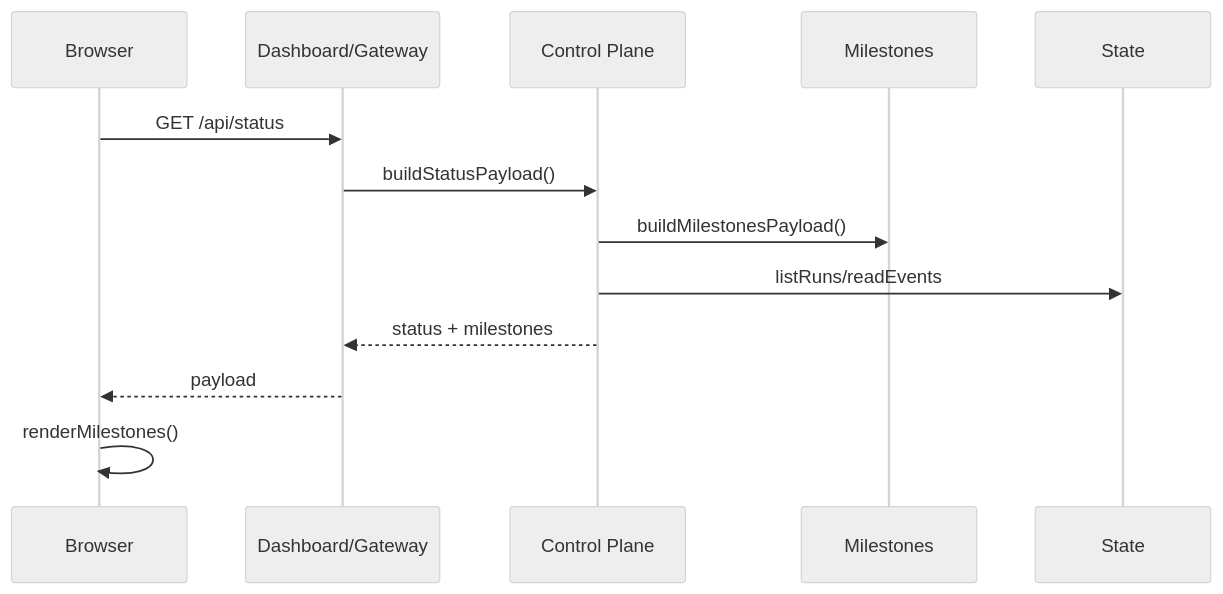
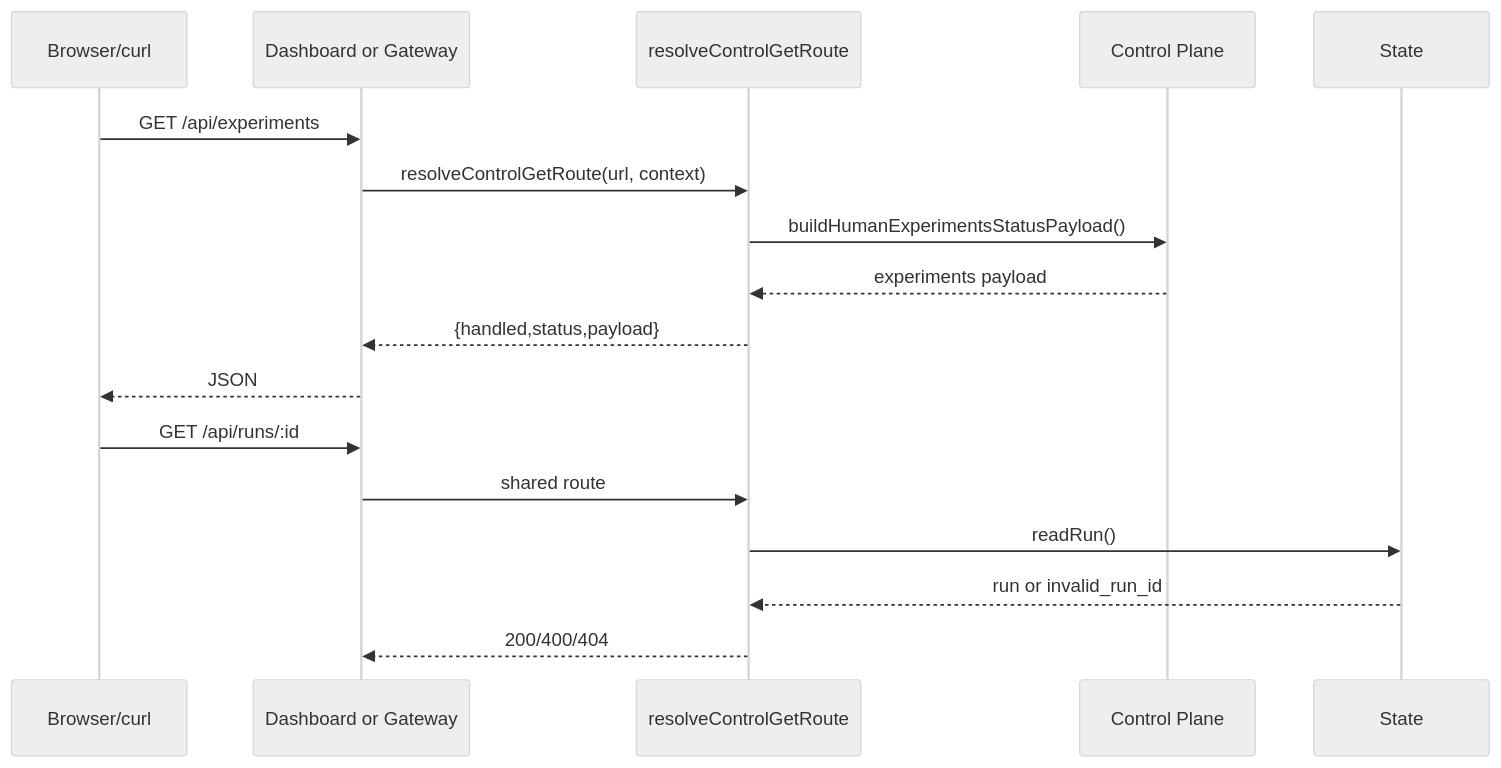
One commit to mayf3/myclaw changed the fifth of 9 diagrams in docs/implementation-architecture.md. Above: the diagram before and after it, drawn with Mermaid (neutral theme). The commit also changed other lines of this file and 27 other files, not shown here.

Commit message:
feat: add human experiment roadmap

````diff
--- a/docs/implementation-architecture.md
+++ b/docs/implementation-architecture.md
@@ -136,16 +148,20 @@
 ```mermaid
 sequenceDiagram
-  participant B as Browser
-  participant D as Dashboard/Gateway
+  participant B as Browser/curl
+  participant D as Dashboard or Gateway
+  participant R as resolveControlGetRoute
   participant C as Control Plane
-  participant M as Milestones
   participant S as State
 
-  B->>D: GET /api/status
-  D->>C: buildStatusPayload()
-  C->>M: buildMilestonesPayload()
-  C->>S: listRuns/readEvents
-  C-->>D: status + milestones
-  D-->>B: payload
-  B->>B: renderMilestones()
+  B->>D: GET /api/experiments
+  D->>R: resolveControlGetRoute(url, context)
+  R->>C: buildHumanExperimentsStatusPayload()
+  C-->>R: experiments payload
+  R-->>D: {handled,status,payload}
+  D-->>B: JSON
+  B->>D: GET /api/runs/:id
+  D->>R: shared route
+  R->>S: readRun()
+  S-->>R: run or invalid_run_id
+  R-->>D: 200/400/404
 ```
````
